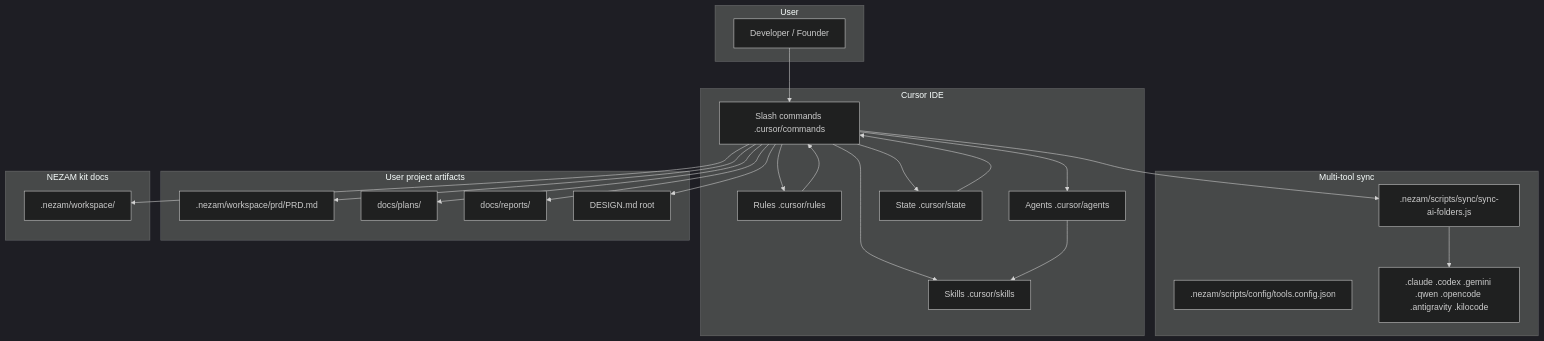
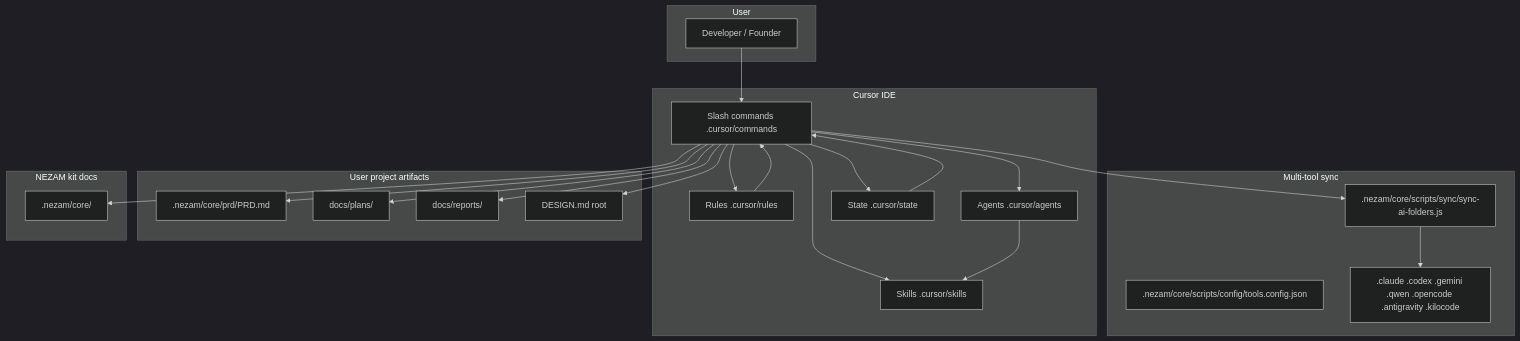
Before and after one commit to iDorgham/Nezam: the diagram in docs/Nezam/nezam-guide.md, drawn with Mermaid (dark theme). The commit also changed other lines of this file and 814 other files, not shown here.

First line of the commit message:
refactor: migrate all stale .nezam/workspace|scripts|gates path refs to .nezam/core/

````diff
--- a/docs/Nezam/nezam-guide.md
+++ b/docs/Nezam/nezam-guide.md
@@ -60,47 +60,47 @@
 ```mermaid
 flowchart TB
   subgraph User
     U[Developer / Founder]
   end
 
   subgraph CursorIDE[Cursor IDE]
     CMD[Slash commands .cursor/commands]
     RUL[Rules .cursor/rules]
     AG[Agents .cursor/agents]
     SK[Skills .cursor/skills]
     ST[State .cursor/state]
   end
 
   subgraph Sync[Multi-tool sync]
-    SAF[.nezam/scripts/sync/sync-ai-folders.js]
-    TCFG[.nezam/scripts/config/tools.config.json]
+    SAF[.nezam/core/scripts/sync/sync-ai-folders.js]
+    TCFG[.nezam/core/scripts/config/tools.config.json]
     MIRRORS[.claude .codex .gemini .qwen .opencode .antigravity .kilocode]
   end
 
   subgraph ProjectDocs[User project artifacts]
-    PRD[.nezam/workspace/prd/PRD.md]
+    PRD[.nezam/core/prd/PRD.md]
     PLN[docs/plans/]
     REP[docs/reports/]
     DM[DESIGN.md root]
   end
 
   subgraph NezamDocs[NEZAM kit docs]
-    NZ[.nezam/workspace/]
+    NZ[.nezam/core/]
   end
 
   U --> CMD
   CMD --> RUL
   CMD --> AG
   CMD --> SK
   CMD --> ST
   AG --> SK
   RUL --> CMD
   ST --> CMD
   SAF --> MIRRORS
   CMD --> SAF
   CMD --> PRD
   CMD --> PLN
   CMD --> REP
   CMD --> DM
   CMD --> NZ
 ```
````
